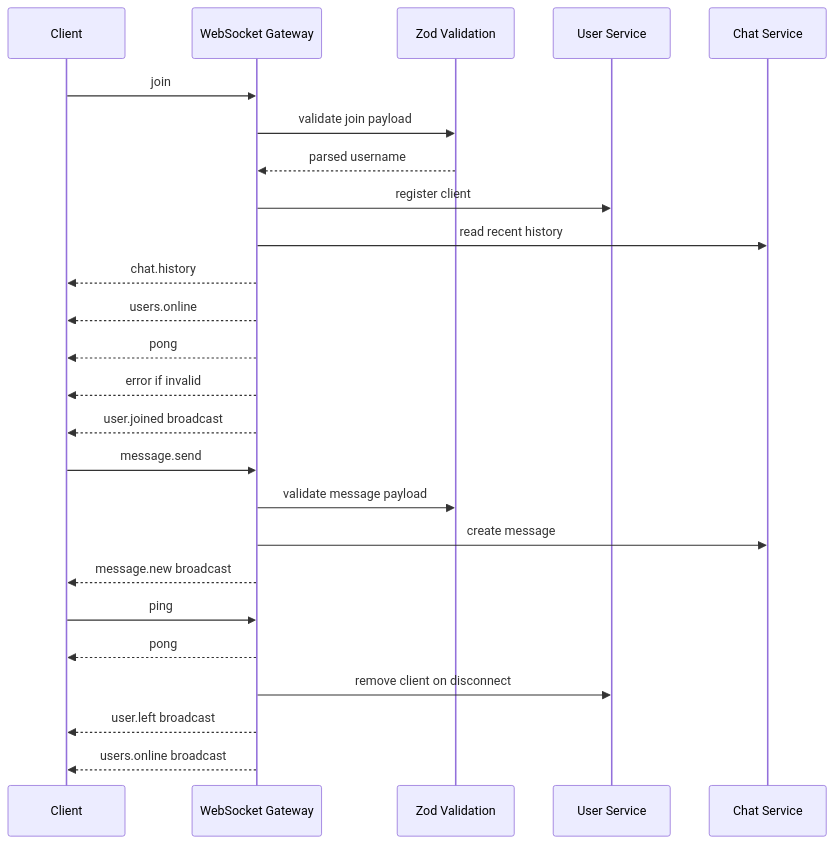
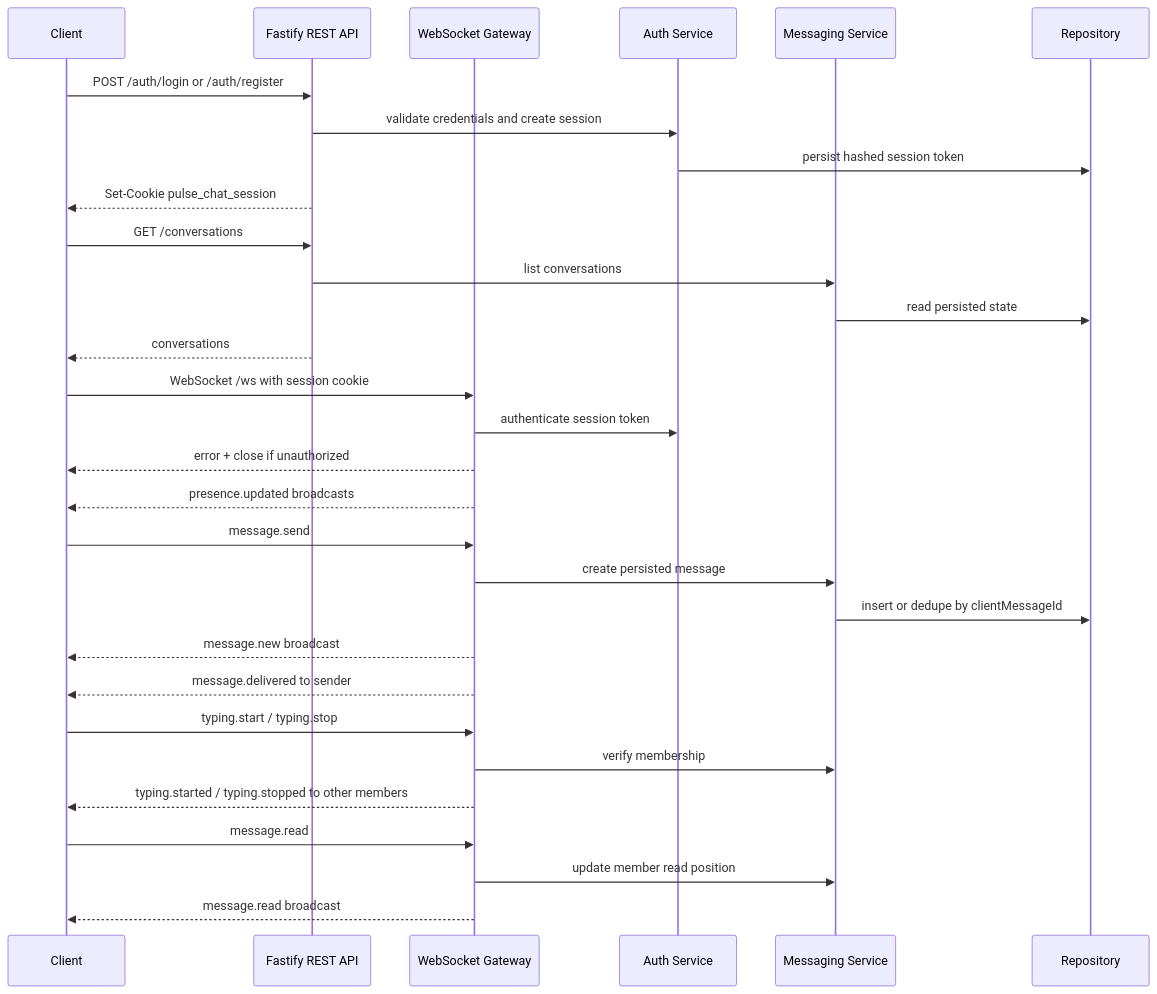
One commit to frank-mendez/pulse-chat- changed the second of 2 diagrams in README.md. Above: the diagram before and after it, drawn with Mermaid. The commit also changed other lines of this file and 116 other files, not shown here.

````diff
--- a/README.md
+++ b/README.md
@@ -177,31 +244,38 @@
 ```mermaid
 sequenceDiagram
   participant Client
+  participant REST as Fastify REST API
   participant Gateway as WebSocket Gateway
-  participant Validation as Zod Validation
-  participant Users as User Service
-  participant Chat as Chat Service
+  participant Auth as Auth Service
+  participant Messaging as Messaging Service
+  participant Repo as Repository
 
-  Client->>Gateway: join
-  Gateway->>Validation: validate join payload
-  Validation-->>Gateway: parsed username
-  Gateway->>Users: register client
-  Gateway->>Chat: read recent history
-  Gateway-->>Client: chat.history
-  Gateway-->>Client: users.online
-  Gateway-->>Client: pong
-  Gateway-->>Client: error if invalid
-  Gateway-->>Client: user.joined broadcast
+  Client->>REST: POST /auth/login or /auth/register
+  REST->>Auth: validate credentials and create session
+  Auth->>Repo: persist hashed session token
+  REST-->>Client: Set-Cookie pulse_chat_session
+
+  Client->>REST: GET /conversations
+  REST->>Messaging: list conversations
+  Messaging->>Repo: read persisted state
+  REST-->>Client: conversations
+
+  Client->>Gateway: WebSocket /ws with session cookie
+  Gateway->>Auth: authenticate session token
+  Gateway-->>Client: error + close if unauthorized
+  Gateway-->>Client: presence.updated broadcasts
 
   Client->>Gateway: message.send
-  Gateway->>Validation: validate message payload
-  Gateway->>Chat: create message
+  Gateway->>Messaging: create persisted message
+  Messaging->>Repo: insert or dedupe by clientMessageId
   Gateway-->>Client: message.new broadcast
+  Gateway-->>Client: message.delivered to sender
 
-  Client->>Gateway: ping
-  Gateway-->>Client: pong
+  Client->>Gateway: typing.start / typing.stop
+  Gateway->>Messaging: verify membership
+  Gateway-->>Client: typing.started / typing.stopped to other members
 
-  Gateway->>Users: remove client on disconnect
-  Gateway-->>Client: user.left broadcast
-  Gateway-->>Client: users.online broadcast
+  Client->>Gateway: message.read
+  Gateway->>Messaging: update member read position
+  Gateway-->>Client: message.read broadcast
 ```
````
